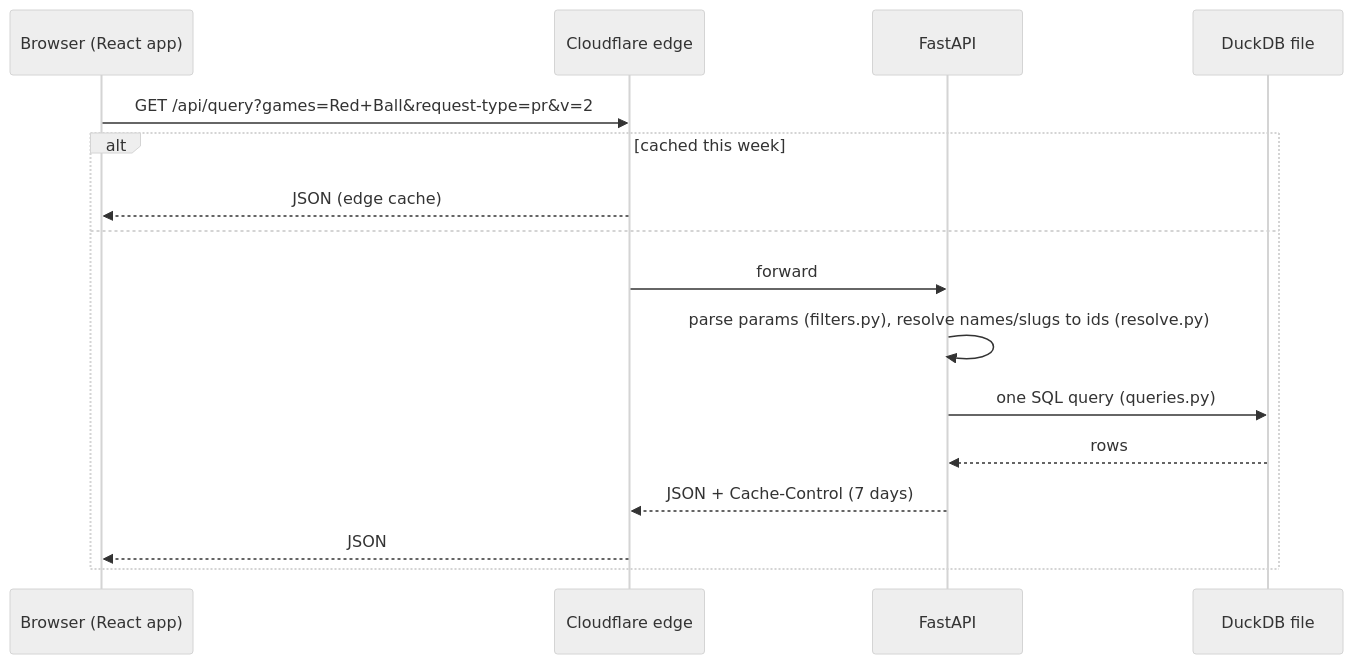
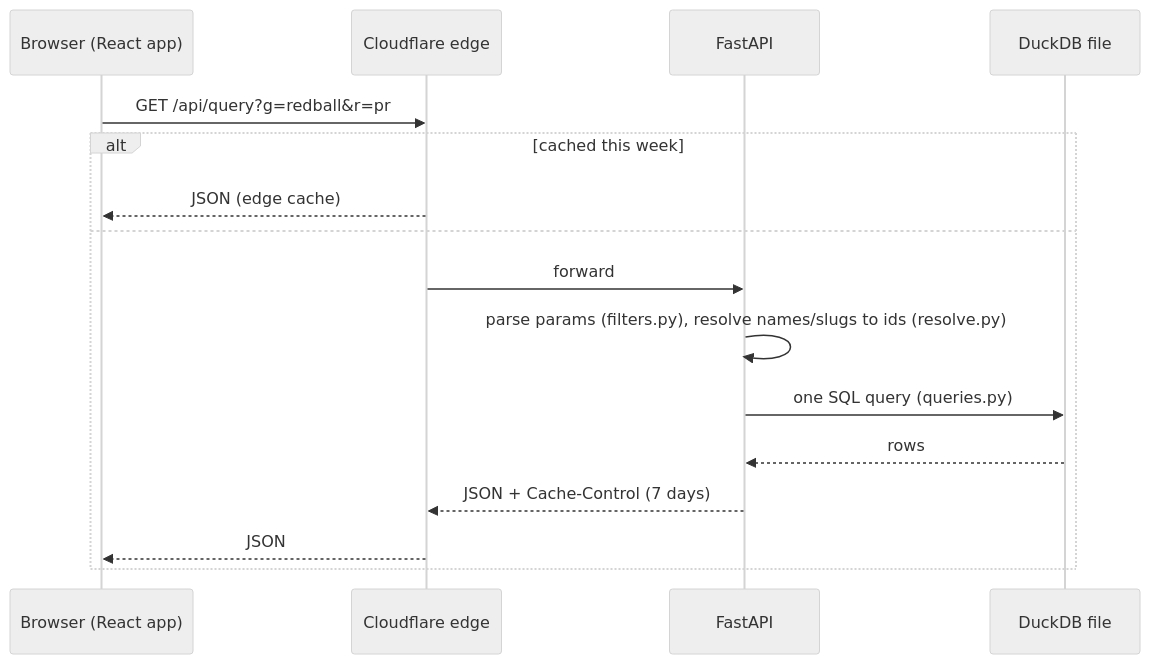
Before and after one commit to ItsMaximum/SpeedStats: the second of 3 diagrams in docs/ARCHITECTURE.md, drawn with Mermaid (neutral theme). The commit also changed other lines of this file and 12 other files, not shown here.

````diff
--- a/docs/ARCHITECTURE.md
+++ b/docs/ARCHITECTURE.md
@@ -53,18 +53,18 @@
 ```mermaid
 sequenceDiagram
     participant B as Browser (React app)
     participant CF as Cloudflare edge
     participant A as FastAPI
     participant D as DuckDB file
-    B->>CF: GET /api/query?games=Red+Ball&request-type=pr&v=2
+    B->>CF: GET /api/query?g=redball&r=pr
     alt cached this week
         CF-->>B: JSON (edge cache)
     else
         CF->>A: forward
         A->>A: parse params (filters.py), resolve names/slugs to ids (resolve.py)
         A->>D: one SQL query (queries.py)
         D-->>A: rows
         A-->>CF: JSON + Cache-Control (7 days)
         CF-->>B: JSON
     end
 ```
````
